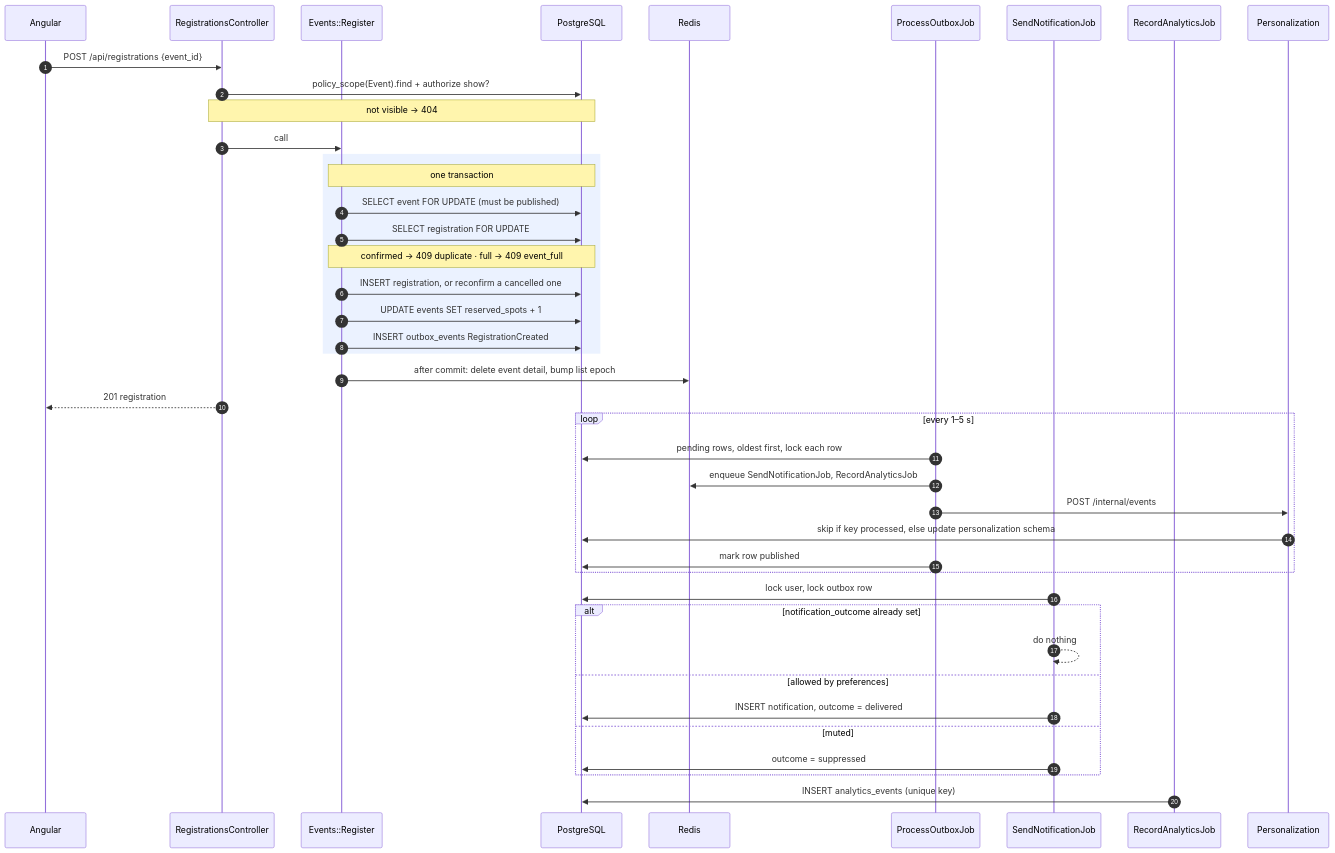
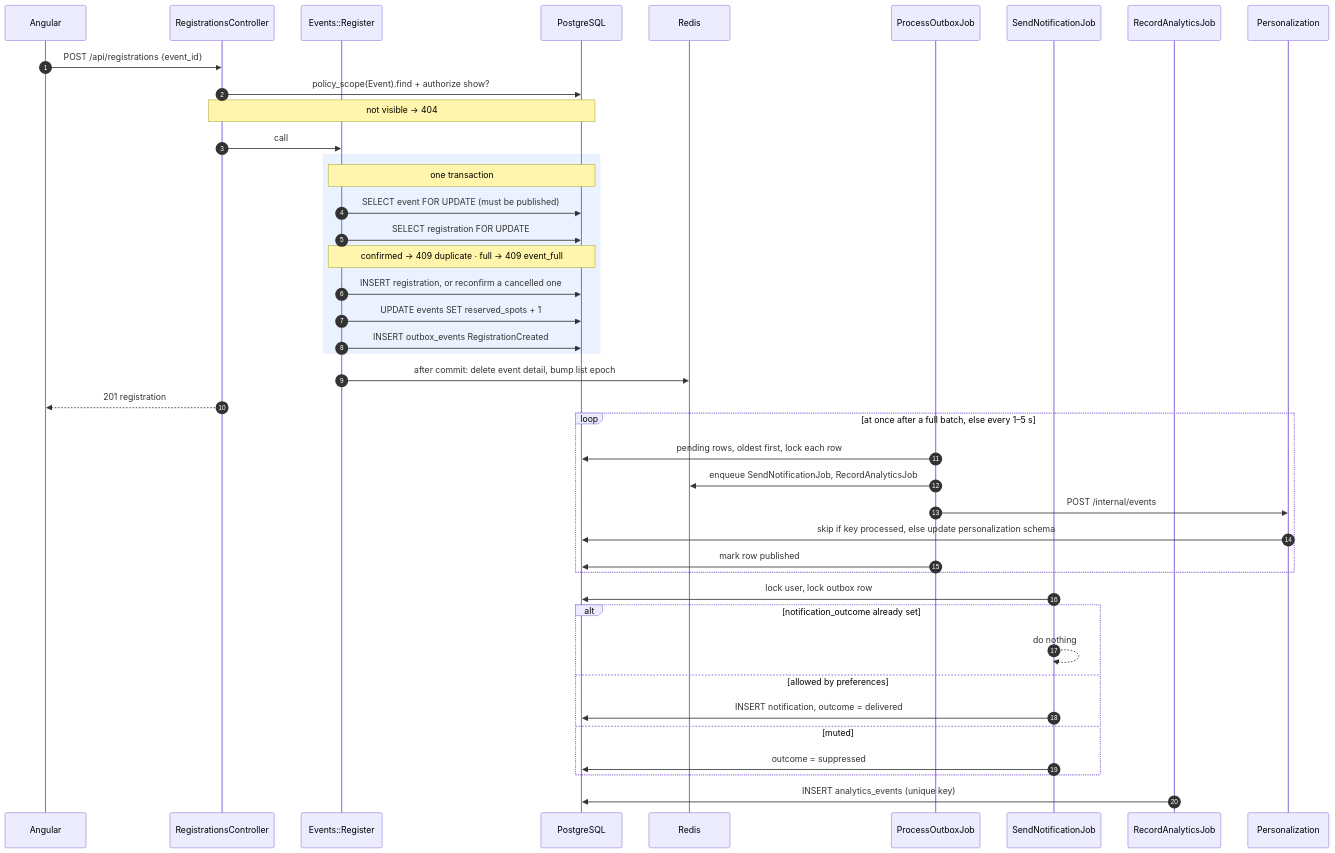
One commit to aleksandarpetrushev/myforum-clone changed the first of 2 diagrams in docs/registration-flow.md. Above: the diagram before and after it, drawn with Mermaid. The commit also changed other lines of this file and 5 other files, not shown here.

````diff
--- a/docs/registration-flow.md
+++ b/docs/registration-flow.md
@@ -5,47 +5,47 @@
 ```mermaid
 sequenceDiagram
   autonumber
   participant Client as Angular
   participant API as RegistrationsController
   participant Reg as Events::Register
   participant DB as PostgreSQL
   participant Redis
   participant Poll as ProcessOutboxJob
   participant Notify as SendNotificationJob
   participant Stats as RecordAnalyticsJob
   participant Go as Personalization
 
   Client->>API: POST /api/registrations {event_id}
   API->>DB: policy_scope(Event).find + authorize show?
   Note over API,DB: not visible → 404
   API->>Reg: call
   rect rgb(235, 242, 255)
     Note over Reg,DB: one transaction
     Reg->>DB: SELECT event FOR UPDATE (must be published)
     Reg->>DB: SELECT registration FOR UPDATE
     Note over Reg,DB: confirmed → 409 duplicate · full → 409 event_full
     Reg->>DB: INSERT registration, or reconfirm a cancelled one
     Reg->>DB: UPDATE events SET reserved_spots + 1
     Reg->>DB: INSERT outbox_events RegistrationCreated
   end
   Reg->>Redis: after commit: delete event detail, bump list epoch
   API-->>Client: 201 registration
 
-  loop every 1–5 s
+  loop at once after a full batch, else every 1–5 s
     Poll->>DB: pending rows, oldest first, lock each row
     Poll->>Redis: enqueue SendNotificationJob, RecordAnalyticsJob
     Poll->>Go: POST /internal/events
     Go->>DB: skip if key processed, else update personalization schema
     Poll->>DB: mark row published
   end
 
   Notify->>DB: lock user, lock outbox row
   alt notification_outcome already set
     Notify-->>Notify: do nothing
   else allowed by preferences
     Notify->>DB: INSERT notification, outcome = delivered
   else muted
     Notify->>DB: outcome = suppressed
   end
   Stats->>DB: INSERT analytics_events (unique key)
 ```
````
